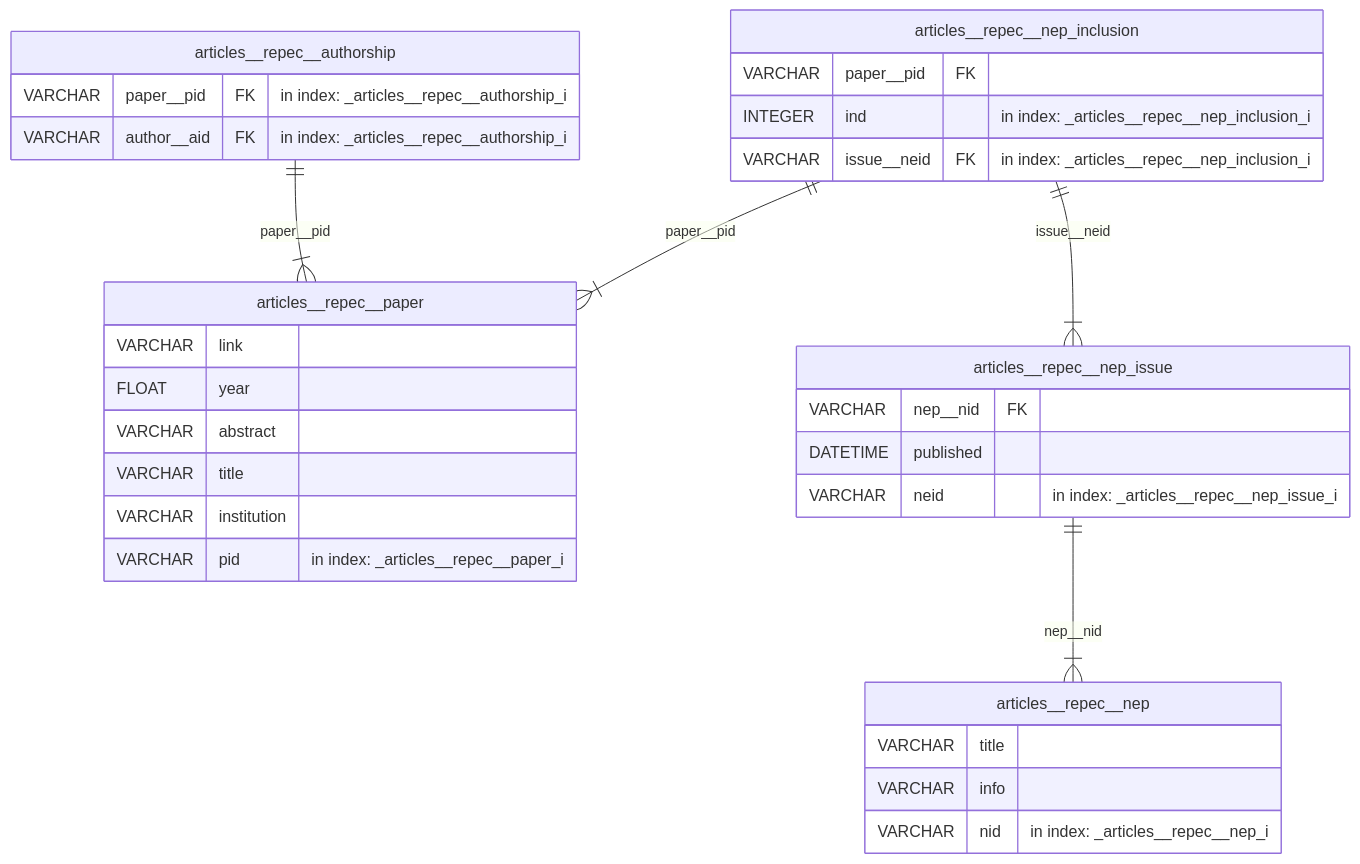
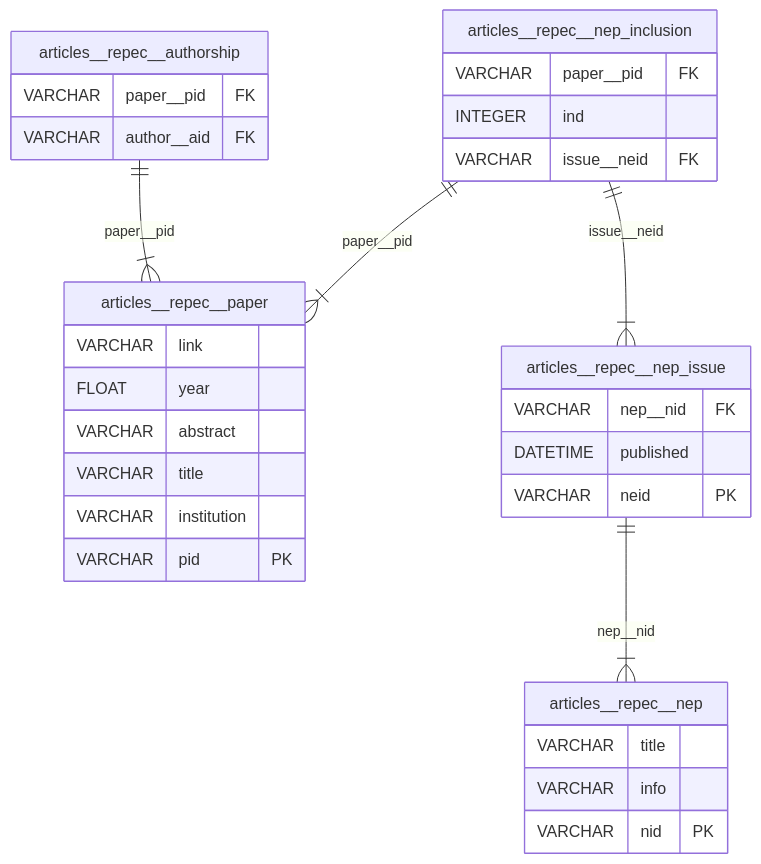
The diagram in book/homes/repec_via_nep.md (sscu-budapest/explorer), drawn with Mermaid before and after one commit.

````diff
--- a/book/homes/repec_via_nep.md
+++ b/book/homes/repec_via_nep.md
@@ -6,34 +6,34 @@
 ```{mermaid}
 erDiagram
   articles__repec__authorship {    
-    VARCHAR paper__pid FK "in index: _articles__repec__authorship_i"    
-    VARCHAR author__aid FK "in index: _articles__repec__authorship_i"
+    VARCHAR paper__pid FK   
+    VARCHAR author__aid FK
   }
   articles__repec__paper {    
     VARCHAR link      
     FLOAT year      
     VARCHAR abstract      
     VARCHAR title      
     VARCHAR institution      
-    VARCHAR pid  "in index: _articles__repec__paper_i"
+    VARCHAR pid PK
   }
   articles__repec__nep {    
     VARCHAR title      
     VARCHAR info      
-    VARCHAR nid  "in index: _articles__repec__nep_i"
+    VARCHAR nid  PK
   }
   articles__repec__nep_inclusion {    
     VARCHAR paper__pid FK     
-    INTEGER ind  "in index: _articles__repec__nep_inclusion_i"    
-    VARCHAR issue__neid FK "in index: _articles__repec__nep_inclusion_i"
+    INTEGER ind
+    VARCHAR issue__neid FK
   }
   articles__repec__nep_issue {    
     VARCHAR nep__nid FK     
     DATETIME published      
-    VARCHAR neid  "in index: _articles__repec__nep_issue_i"
+    VARCHAR neid  PK
   }
   articles__repec__authorship ||--|{ articles__repec__paper : "paper__pid"
   articles__repec__nep_inclusion ||--|{ articles__repec__paper : "paper__pid"
   articles__repec__nep_inclusion ||--|{ articles__repec__nep_issue : "issue__neid"
   articles__repec__nep_issue ||--|{ articles__repec__nep : "nep__nid"
 ```
````
